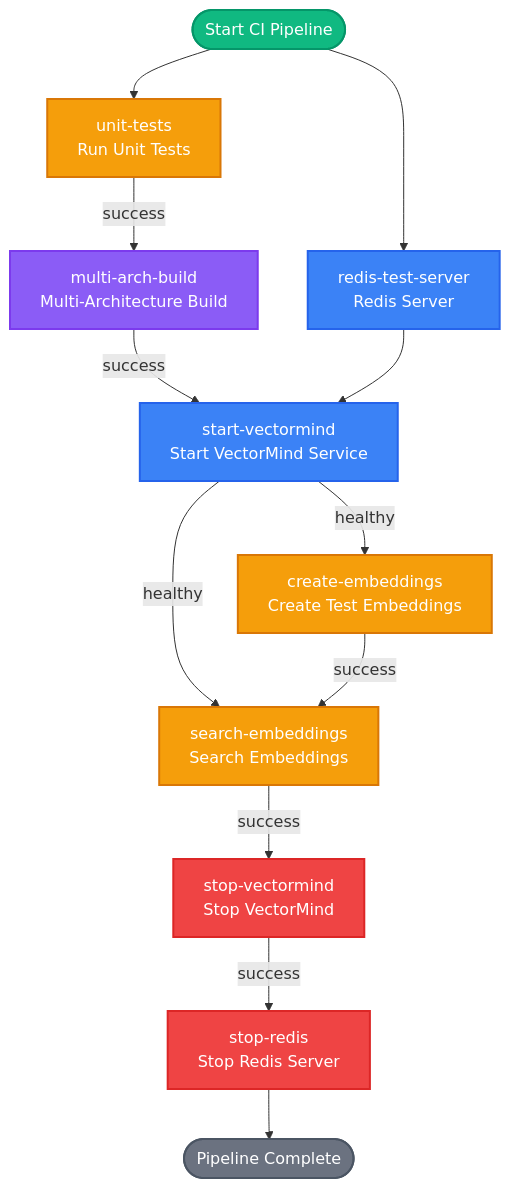
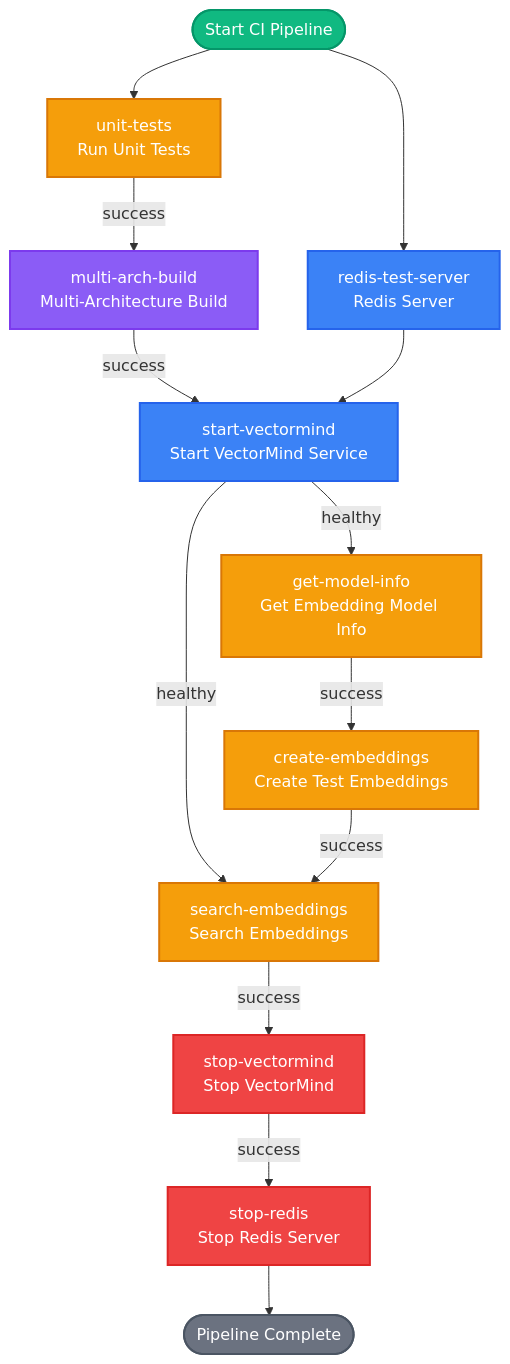
One commit to RecallFlow/VectorMind changed the second of 2 diagrams in README.md. Above: the diagram before and after it, drawn with Mermaid. The commit also changed other lines of this file and 8 other files, not shown here.

Commit message:
✨ Introduce new feature(s): get model info

````diff
--- a/README.md
+++ b/README.md
@@ -846,30 +886,33 @@
 ```mermaid
 graph TD
     Start([Start CI Pipeline]):::startNode
 
     Start --> Redis[redis-test-server<br/>Redis Server]:::service
     Start --> UnitTests[unit-tests<br/>Run Unit Tests]:::test
 
     UnitTests -->|success| MultiBuild[multi-arch-build<br/>Multi-Architecture Build]:::build
 
     MultiBuild -->|success| StartVM[start-vectormind<br/>Start VectorMind Service]:::service
     Redis --> StartVM
 
-    StartVM -->|healthy| CreateEmb[create-embeddings<br/>Create Test Embeddings]:::test
+    StartVM -->|healthy| GetModelInfo[get-model-info<br/>Get Embedding Model Info]:::test
+
+    GetModelInfo -->|success| CreateEmb[create-embeddings<br/>Create Test Embeddings]:::test
+
     StartVM -->|healthy| SearchEmb[search-embeddings<br/>Search Embeddings]:::test
 
     CreateEmb -->|success| SearchEmb
 
     SearchEmb -->|success| StopVM[stop-vectormind<br/>Stop VectorMind]:::cleanup
 
     StopVM -->|success| StopRedis[stop-redis<br/>Stop Redis Server]:::cleanup
 
     StopRedis --> Complete([Pipeline Complete]):::endNode
 
     classDef startNode fill:#10B981,stroke:#059669,stroke-width:2px,color:#fff
     classDef service fill:#3B82F6,stroke:#2563EB,stroke-width:2px,color:#fff
     classDef test fill:#F59E0B,stroke:#D97706,stroke-width:2px,color:#fff
     classDef build fill:#8B5CF6,stroke:#7C3AED,stroke-width:2px,color:#fff
     classDef cleanup fill:#EF4444,stroke:#DC2626,stroke-width:2px,color:#fff
     classDef endNode fill:#6B7280,stroke:#4B5563,stroke-width:2px,color:#fff
 ```
````
